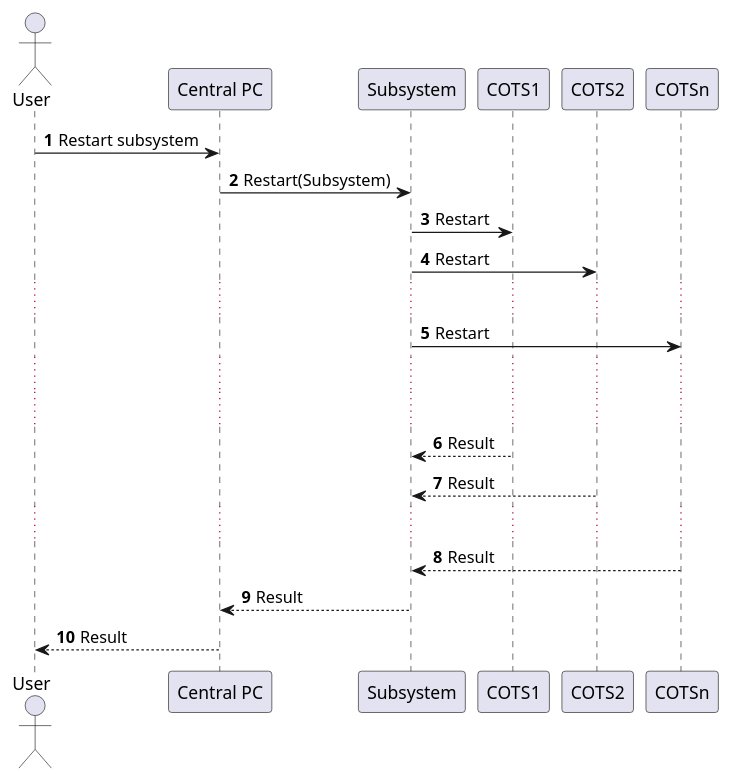
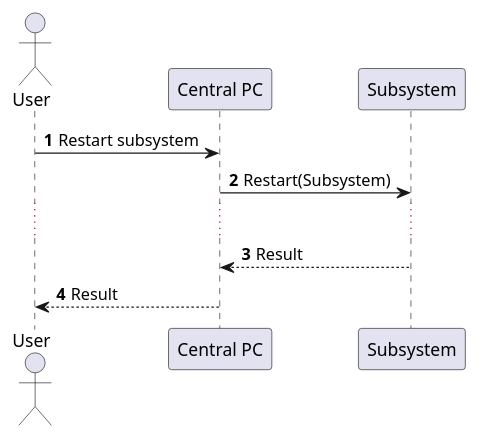
Before and after one commit to rihokalbus/homework_theoretical: the diagram in sequence_restart_subsystem.puml, drawn with PlantUML. The commit also changed 8 other files, not shown here.

```diff
--- a/sequence_restart_subsystem.puml
+++ b/sequence_restart_subsystem.puml
@@ -1,24 +1,12 @@
 @startuml
 actor User
 participant CentralPC as "Central PC"
 participant Subsystem
-participant COTS1
-participant COTS2
-participant COTSn
 
 autonumber
 User -> CentralPC : Restart subsystem
 CentralPC -> Subsystem : Restart(Subsystem)
-Subsystem -> COTS1 : Restart
-Subsystem -> COTS2 : Restart
 ...
-Subsystem -> COTSn : Restart
-...
-...
-COTS1 --> Subsystem : Result
-COTS2 --> Subsystem : Result
-...
-COTSn --> Subsystem : Result
 Subsystem --> CentralPC : Result
 CentralPC --> User : Result
 @enduml
```
